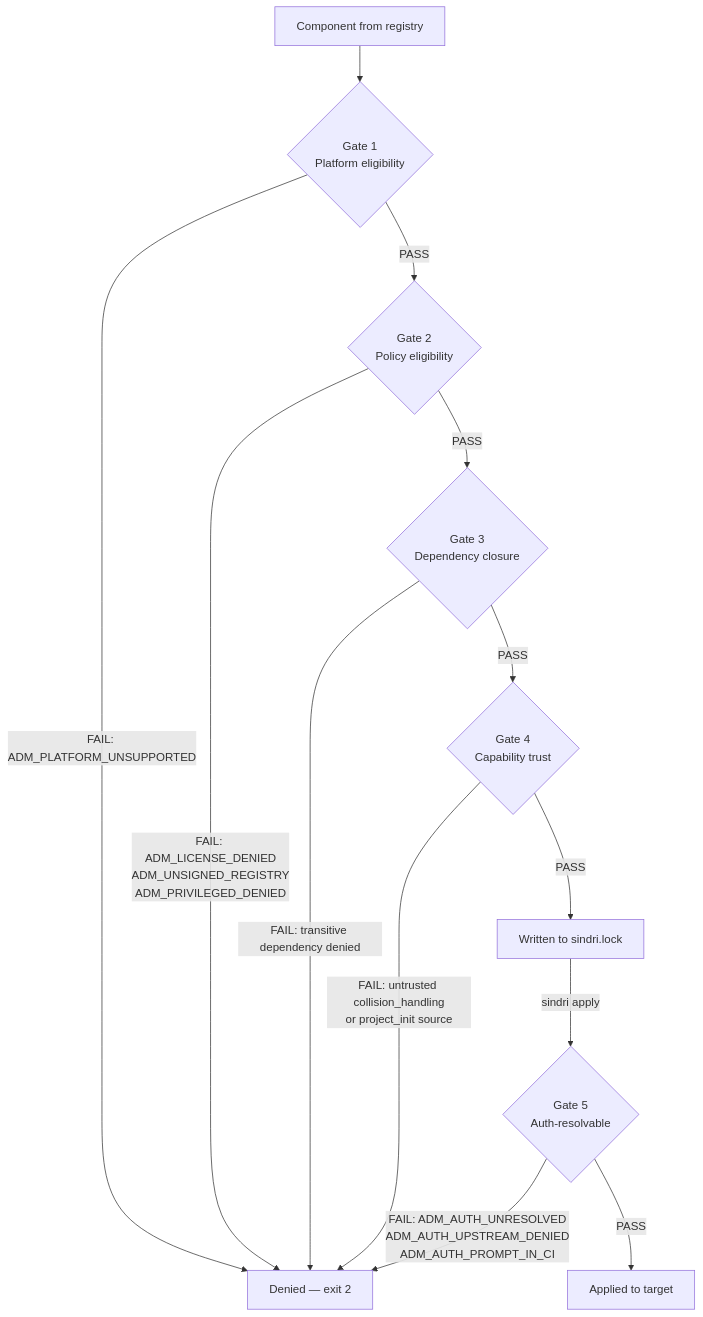
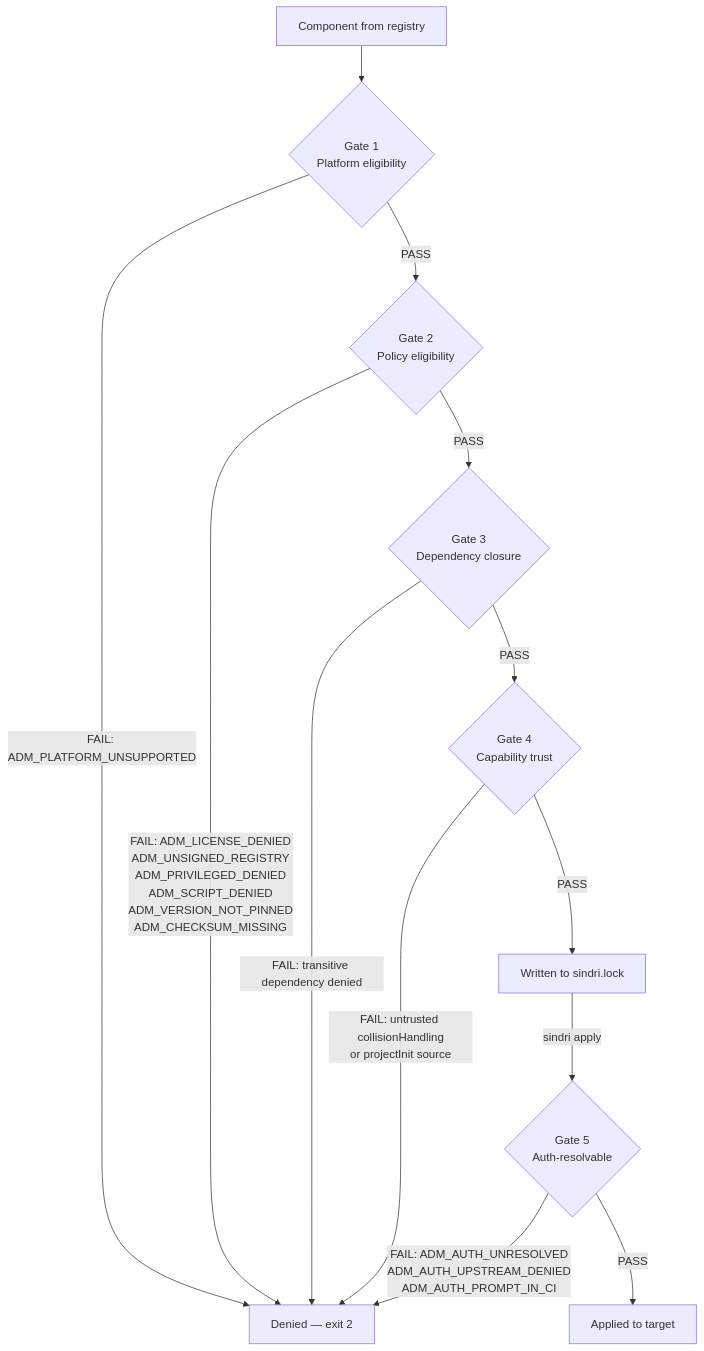
The diagram in v4/docs/POLICY.md (pacphi/sindri), drawn with Mermaid before and after one commit. The commit also changed other lines of this file and 20 other files, not shown here.

First line of the commit message:
feat(v4): Phase 1 — nested InstallPolicy schema (camelCase, validated)

````diff
--- a/v4/docs/POLICY.md
+++ b/v4/docs/POLICY.md
@@ -94,15 +100,15 @@
 ```mermaid
 flowchart TD
     A[Component from registry] --> G1{Gate 1\nPlatform eligibility}
     G1 -->|FAIL: ADM_PLATFORM_UNSUPPORTED| DENY[Denied — exit 2]
     G1 -->|PASS| G2{Gate 2\nPolicy eligibility}
-    G2 -->|FAIL: ADM_LICENSE_DENIED\nADM_UNSIGNED_REGISTRY\nADM_PRIVILEGED_DENIED| DENY
+    G2 -->|FAIL: ADM_LICENSE_DENIED\nADM_UNSIGNED_REGISTRY\nADM_PRIVILEGED_DENIED\nADM_SCRIPT_DENIED\nADM_VERSION_NOT_PINNED\nADM_CHECKSUM_MISSING| DENY
     G2 -->|PASS| G3{Gate 3\nDependency closure}
     G3 -->|FAIL: transitive dependency denied| DENY
     G3 -->|PASS| G4{Gate 4\nCapability trust}
-    G4 -->|FAIL: untrusted collision_handling\nor project_init source| DENY
+    G4 -->|FAIL: untrusted collisionHandling\nor projectInit source| DENY
     G4 -->|PASS| LOCK[Written to sindri.lock]
     LOCK -->|sindri apply| G5{Gate 5\nAuth-resolvable}
     G5 -->|FAIL: ADM_AUTH_UNRESOLVED\nADM_AUTH_UPSTREAM_DENIED\nADM_AUTH_PROMPT_IN_CI| DENY
     G5 -->|PASS| ADMIT[Applied to target]
 ```
````
